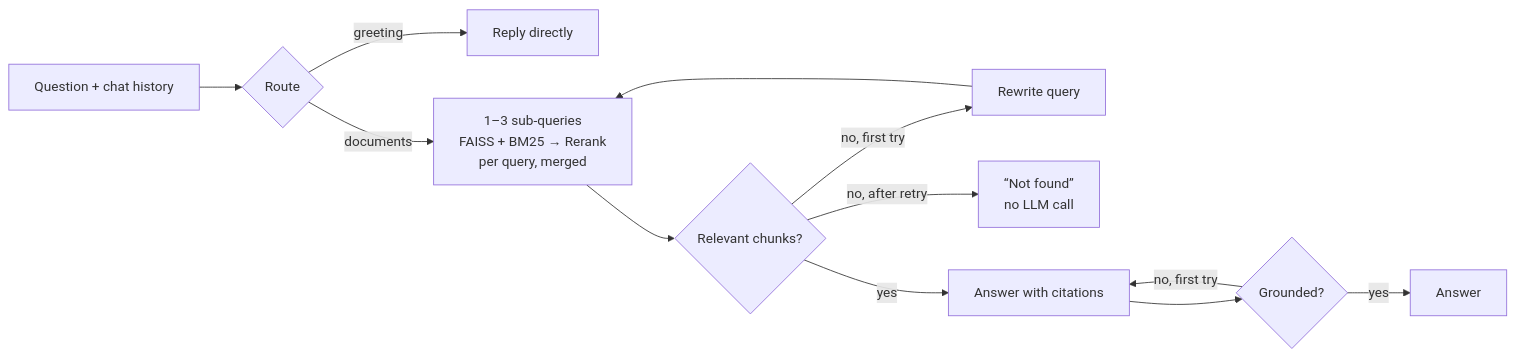
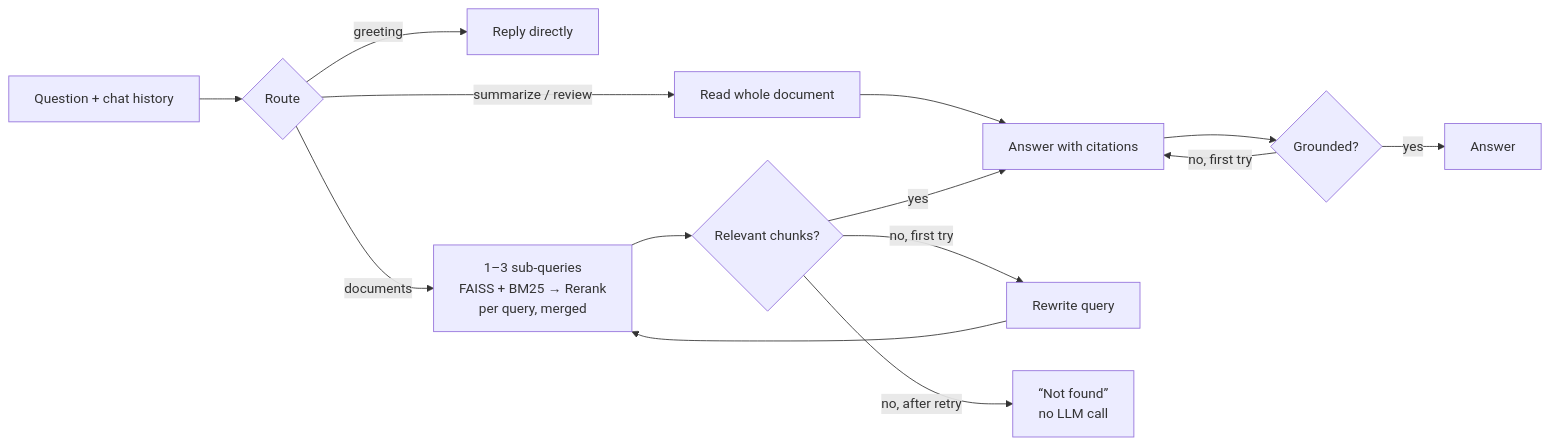
Before and after one commit to Milankalathiya/PDFTalker: the diagram in README.md, drawn with Mermaid. The commit also changed other lines of this file and 4 other files, not shown here.

Commit message:
Add overview route for whole-document questions

````diff
--- a/README.md
+++ b/README.md
@@ -26,13 +26,14 @@
 ```mermaid
 flowchart LR
     Q[Question + chat history] --> A{Route}
     A -- greeting --> C[Reply directly]
+    A -- summarize / review --> O[Read whole document] --> Gen
     A -- documents --> R[1–3 sub-queries<br/>FAISS + BM25 → Rerank<br/>per query, merged]
     R --> G{Relevant chunks?}
     G -- no, first try --> W[Rewrite query] --> R
     G -- no, after retry --> N[“Not found”<br/>no LLM call]
     G -- yes --> Gen[Answer with citations]
     Gen --> H{Grounded?}
     H -- no, first try --> Gen
     H -- yes --> Done[Answer]
 ```
````
